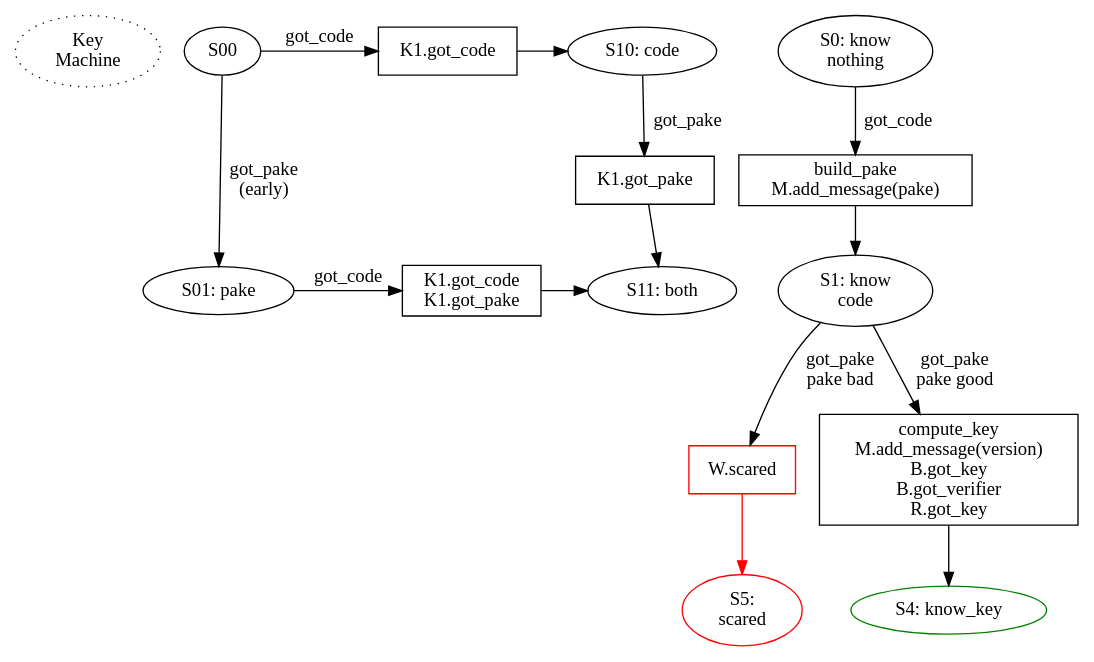
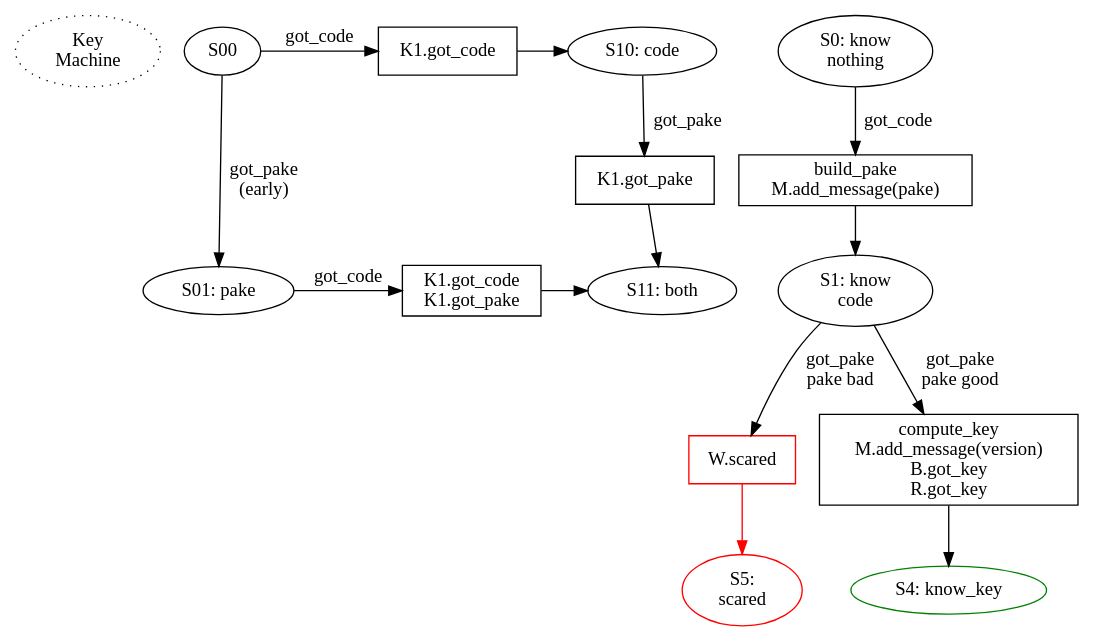
Before and after one commit to magic-wormhole/magic-wormhole: the diagram in docs/state-machines/key.dot, drawn with Graphviz. The commit also changed 11 other files, not shown here.

```diff
--- a/docs/state-machines/key.dot
+++ b/docs/state-machines/key.dot
@@ -1,63 +1,63 @@
 digraph {
 
         /* could shave a RTT by committing to the nameplate early, before
         finishing the rest of the code input. While the user is still
         typing/completing the code, we claim the nameplate, open the mailbox,
         and retrieve the peer's PAKE message. Then as soon as the user
         finishes entering the code, we build our own PAKE message, send PAKE,
         compute the key, send VERSION. Starting from the Return, this saves
         two round trips. OTOH it adds consequences to hitting Tab. */
 
         start [label="Key\nMachine" style="dotted"]
 
         /* two connected state machines: the first just puts the messages in
         the right order, the second handles PAKE */
 
         {rank=same; SO_00 PO_got_code SO_10}
         {rank=same; SO_01 PO_got_both SO_11}
         SO_00 [label="S00"]
         SO_01 [label="S01: pake"]
         SO_10 [label="S10: code"]
         SO_11 [label="S11: both"]
         SO_00 -> SO_01 [label="got_pake\n(early)"]
         SO_00 -> PO_got_code [label="got_code"]
         PO_got_code [shape="box" label="K1.got_code"]
         PO_got_code -> SO_10
         SO_01 -> PO_got_both [label="got_code"]
         PO_got_both [shape="box" label="K1.got_code\nK1.got_pake"]
         PO_got_both -> SO_11
         SO_10 -> PO_got_pake [label="got_pake"]
         PO_got_pake [shape="box" label="K1.got_pake"]
         PO_got_pake -> SO_11
 
         S0 [label="S0: know\nnothing"]
         S0 -> P0_build [label="got_code"]
 
         P0_build [shape="box" label="build_pake\nM.add_message(pake)"]
         P0_build -> S1
         S1 [label="S1: know\ncode"]
 
         /* the Mailbox will deliver each message exactly once, but doesn't
         guarantee ordering: if Alice starts the process, then disconnects,
         then Bob starts (reading PAKE, sending both his PAKE and his VERSION
         phase), then Alice will see both PAKE and VERSION on her next
         connect, and might get the VERSION first.
 
         The Wormhole will queue inbound messages that it isn't ready for. The
         wormhole shim that lets applications do w.get(phase=) must do
         something similar, queueing inbound messages until it sees one for
         the phase it currently cares about.*/
 
         S1 -> P_mood_scary [label="got_pake\npake bad"]
         P_mood_scary [shape="box" color="red" label="W.scared"]
         P_mood_scary -> S5 [color="red"]
         S5 [label="S5:\nscared" color="red"]
         S1 -> P1_compute [label="got_pake\npake good"]
         #S1 -> P_mood_lonely [label="close"]
 
-        P1_compute [label="compute_key\nM.add_message(version)\nB.got_key\nB.got_verifier\nR.got_key" shape="box"]
+        P1_compute [label="compute_key\nM.add_message(version)\nB.got_key\nR.got_key" shape="box"]
         P1_compute -> S4
 
         S4 [label="S4: know_key" color="green"]
 
 }
```
